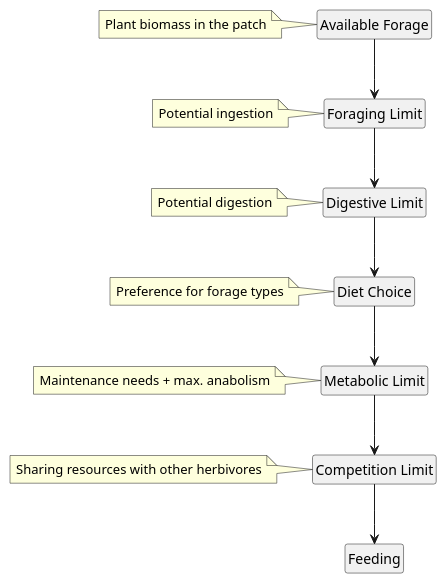
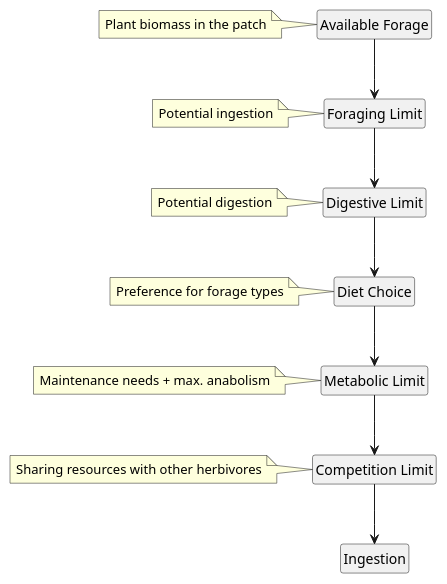
The eighth of 14 diagrams in docs/diagrams.iuml (wtraylor/modular_megafauna_model), drawn with PlantUML before and after one commit. The commit also changed 1 other file, not shown here.

Commit message:
Include diagram intake_limit_levels in model.md

```diff
--- a/docs/diagrams.iuml
+++ b/docs/diagrams.iuml
@@ -213,24 +213,24 @@
 @startuml (id=intake_limit_levels)
 hide members
 hide circle
 hide methods
 annotation "Available Forage" as available_forage
 note left: Plant biomass in the patch
 annotation "Foraging Limit" as foraging_limit
 note left: Potential ingestion
 annotation "Digestive Limit" as digestion_limit
 note left: Potential digestion
 annotation "Diet Choice" as diet_choice
 note left: Preference for forage types
 annotation "Metabolic Limit" as metabolic_limit
 note left: Maintenance needs + max. anabolism
 annotation "Competition Limit" as competition
 note left: Sharing resources with other herbivores
-annotation "Feeding" as feeding
+annotation "Ingestion" as ingestion
 available_forage -down-> foraging_limit
 foraging_limit   -down-> digestion_limit
 digestion_limit  -down-> diet_choice
 diet_choice      -down-> metabolic_limit
 metabolic_limit  -down-> competition
-competition      -down-> feeding
+competition      -down-> ingestion
 @enduml
```
